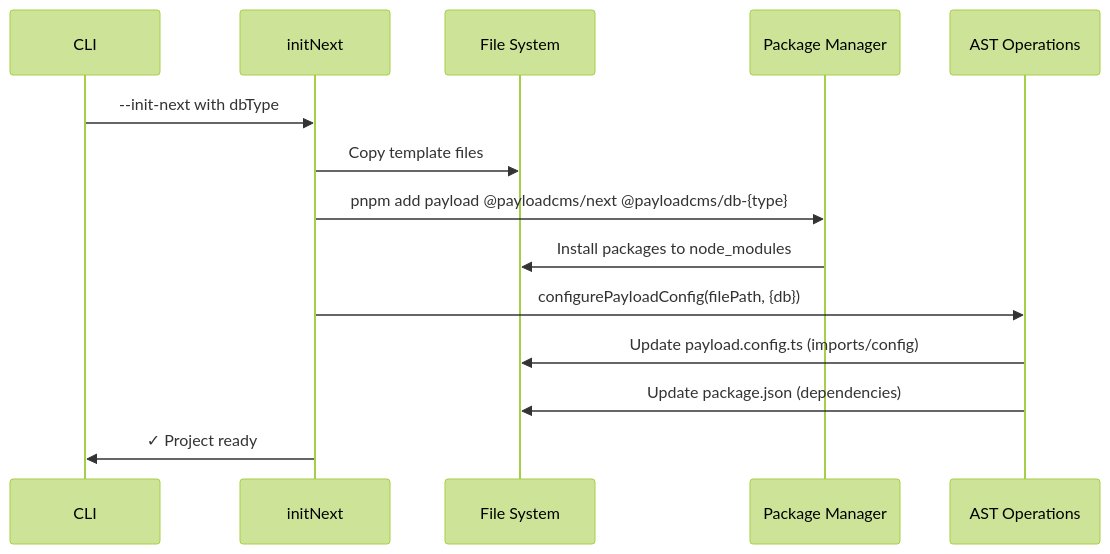
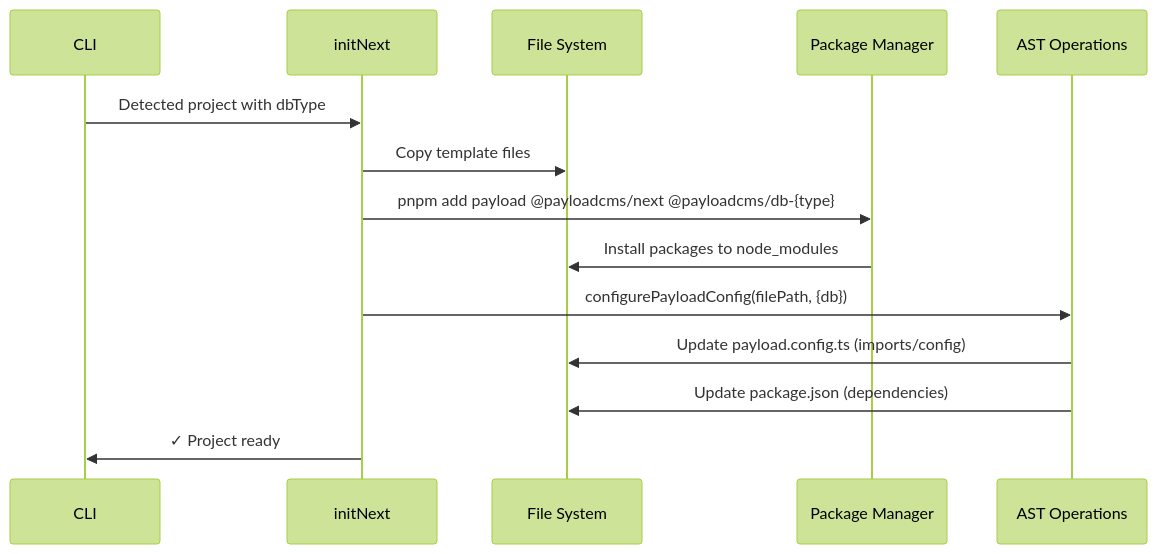
One commit to payloadcms/payload changed the first of 3 diagrams in packages/create-payload-app/CLAUDE.md. Above: the diagram before and after it, drawn with Mermaid (forest theme). The commit also changed other lines of this file and 1 other file, not shown here.

````diff
--- a/packages/create-payload-app/CLAUDE.md
+++ b/packages/create-payload-app/CLAUDE.md
@@ -59,17 +66,17 @@
 ```mermaid
 sequenceDiagram
     participant CLI
     participant initNext
     participant FS as File System
     participant PM as Package Manager
     participant AST as AST Operations
 
-    CLI->>initNext: --init-next with dbType
+    CLI->>initNext: Detected project with dbType
     initNext->>FS: Copy template files
     initNext->>PM: pnpm add payload @payloadcms/next @payloadcms/db-{type}
     PM->>FS: Install packages to node_modules
     initNext->>AST: configurePayloadConfig(filePath, {db})
     AST->>FS: Update payload.config.ts (imports/config)
     AST->>FS: Update package.json (dependencies)
     initNext->>CLI: ✓ Project ready
 ```
````
